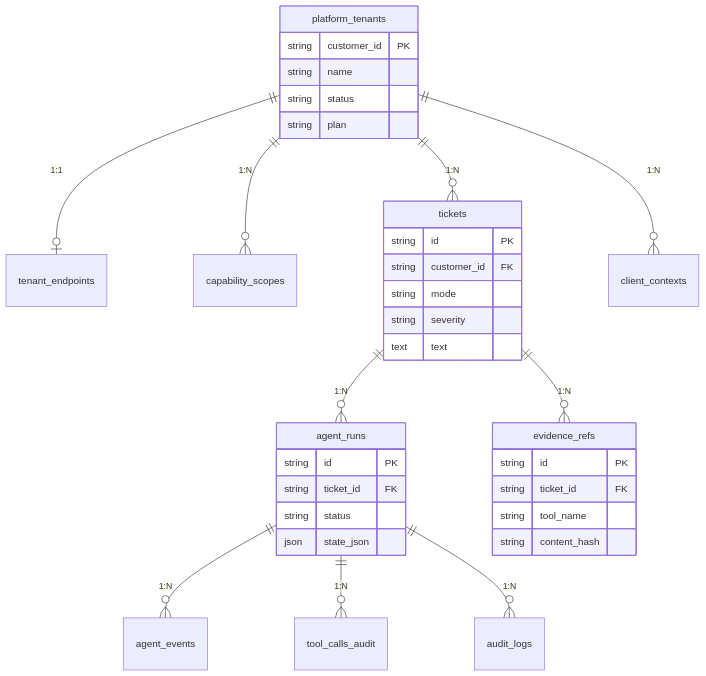
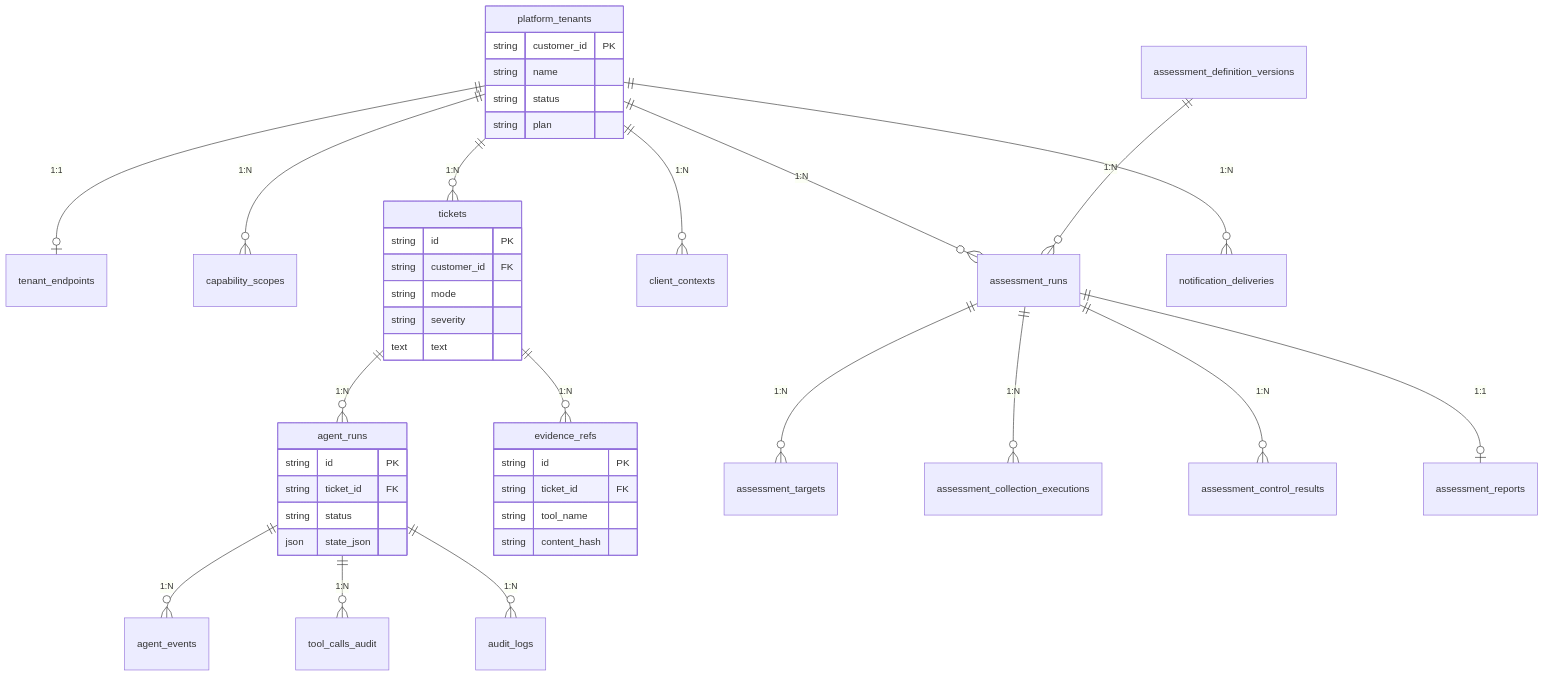
Before and after one commit to jofra02/L8R: the diagram in docs/architecture/data_layer.md, drawn with Mermaid. The commit also changed other lines of this file and 5 other files, not shown here.

First line of the commit message:
docs(architecture): sync all architecture docs with current implementation

````diff
--- a/docs/architecture/data_layer.md
+++ b/docs/architecture/data_layer.md
@@ -14,38 +14,45 @@
 ```mermaid
 erDiagram
     platform_tenants ||--o| tenant_endpoints : "1:1"
     platform_tenants ||--o{ capability_scopes : "1:N"
     platform_tenants ||--o{ tickets : "1:N"
     platform_tenants ||--o{ client_contexts : "1:N"
+    platform_tenants ||--o{ assessment_runs : "1:N"
+    platform_tenants ||--o{ notification_deliveries : "1:N"
     tickets ||--o{ agent_runs : "1:N"
     tickets ||--o{ evidence_refs : "1:N"
     agent_runs ||--o{ agent_events : "1:N"
     agent_runs ||--o{ tool_calls_audit : "1:N"
     agent_runs ||--o{ audit_logs : "1:N"
+    assessment_definition_versions ||--o{ assessment_runs : "1:N"
+    assessment_runs ||--o{ assessment_targets : "1:N"
+    assessment_runs ||--o{ assessment_collection_executions : "1:N"
+    assessment_runs ||--o{ assessment_control_results : "1:N"
+    assessment_runs ||--o| assessment_reports : "1:1"
 
     platform_tenants {
         string customer_id PK
         string name
         string status
         string plan
     }
     tickets {
         string id PK
         string customer_id FK
         string mode
         string severity
         text text
     }
     agent_runs {
         string id PK
         string ticket_id FK
         string status
         json state_json
     }
     evidence_refs {
         string id PK
         string ticket_id FK
         string tool_name
         string content_hash
     }
 ```
````
